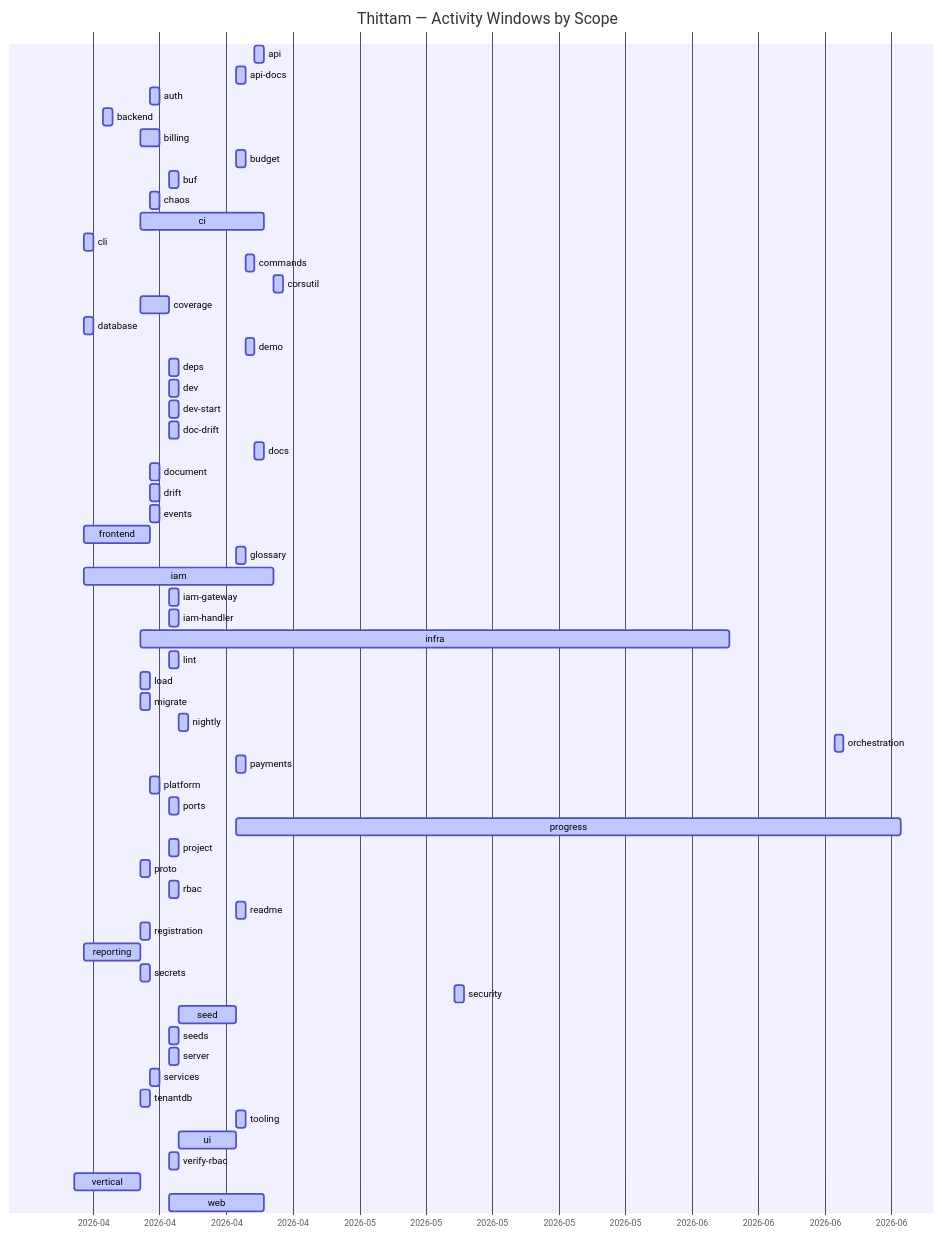
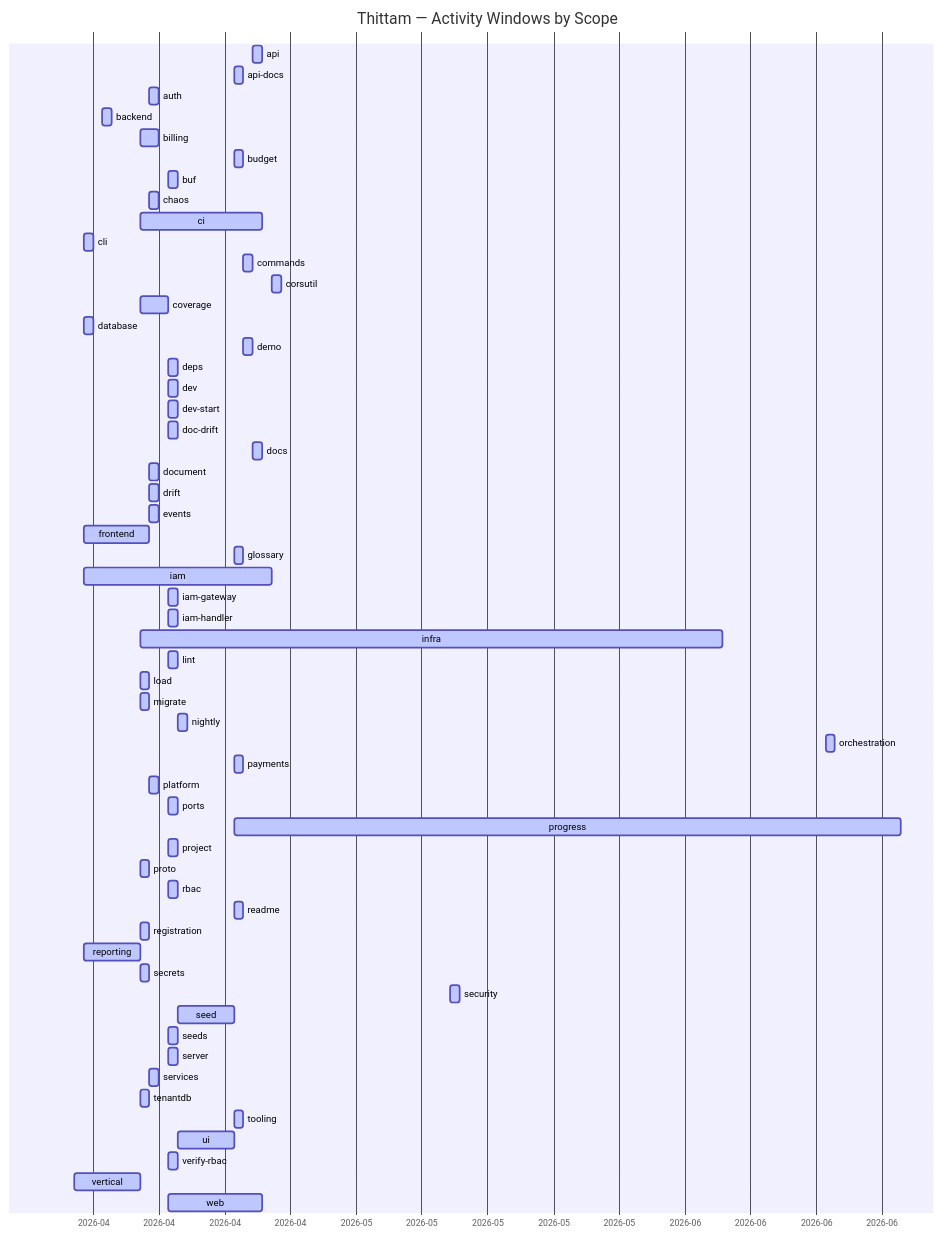
Before and after one commit to wegofwd2020-hub/thittam: the diagram in docs/PROGRESS.md, drawn with Mermaid. The commit also changed other lines of this file and 1 other file, not shown here.

Commit message:
chore(progress): nightly update of docs/PROGRESS.md + CSVs

````diff
--- a/docs/PROGRESS.md
+++ b/docs/PROGRESS.md
@@ -9,62 +9,62 @@
 ```mermaid
 gantt
     title Thittam — Activity Windows by Scope
     dateFormat YYYY-MM-DD
     axisFormat %Y-%m
     api                :active, s_api, 2026-04-22, 2026-04-23
     api-docs           :active, s_api_docs, 2026-04-20, 2026-04-21
     auth               :active, s_auth, 2026-04-11, 2026-04-12
     backend            :active, s_backend, 2026-04-06, 2026-04-07
     billing            :active, s_billing, 2026-04-10, 2026-04-12
     budget             :active, s_budget, 2026-04-20, 2026-04-21
     buf                :active, s_buf, 2026-04-13, 2026-04-14
     chaos              :active, s_chaos, 2026-04-11, 2026-04-12
     ci                 :active, s_ci, 2026-04-10, 2026-04-23
     cli                :active, s_cli, 2026-04-04, 2026-04-05
     commands           :active, s_commands, 2026-04-21, 2026-04-22
     corsutil           :active, s_corsutil, 2026-04-24, 2026-04-25
     coverage           :active, s_coverage, 2026-04-10, 2026-04-13
     database           :active, s_database, 2026-04-04, 2026-04-05
     demo               :active, s_demo, 2026-04-21, 2026-04-22
     deps               :active, s_deps, 2026-04-13, 2026-04-14
     dev                :active, s_dev, 2026-04-13, 2026-04-14
     dev-start          :active, s_dev_start, 2026-04-13, 2026-04-14
     doc-drift          :active, s_doc_drift, 2026-04-13, 2026-04-14
     docs               :active, s_docs, 2026-04-22, 2026-04-23
     document           :active, s_document, 2026-04-11, 2026-04-12
     drift              :active, s_drift, 2026-04-11, 2026-04-12
     events             :active, s_events, 2026-04-11, 2026-04-12
     frontend           :active, s_frontend, 2026-04-04, 2026-04-11
     glossary           :active, s_glossary, 2026-04-20, 2026-04-21
     iam                :active, s_iam, 2026-04-04, 2026-04-24
     iam-gateway        :active, s_iam_gateway, 2026-04-13, 2026-04-14
     iam-handler        :active, s_iam_handler, 2026-04-13, 2026-04-14
     infra              :active, s_infra, 2026-04-10, 2026-06-11
     lint               :active, s_lint, 2026-04-13, 2026-04-14
     load               :active, s_load, 2026-04-10, 2026-04-11
     migrate            :active, s_migrate, 2026-04-10, 2026-04-11
     nightly            :active, s_nightly, 2026-04-14, 2026-04-15
     orchestration      :active, s_orchestration, 2026-06-22, 2026-06-23
     payments           :active, s_payments, 2026-04-20, 2026-04-21
     platform           :active, s_platform, 2026-04-11, 2026-04-12
     ports              :active, s_ports, 2026-04-13, 2026-04-14
-    progress           :active, s_progress, 2026-04-20, 2026-06-29
+    progress           :active, s_progress, 2026-04-20, 2026-06-30
     project            :active, s_project, 2026-04-13, 2026-04-14
     proto              :active, s_proto, 2026-04-10, 2026-04-11
     rbac               :active, s_rbac, 2026-04-13, 2026-04-14
     readme             :active, s_readme, 2026-04-20, 2026-04-21
     registration       :active, s_registration, 2026-04-10, 2026-04-11
     reporting          :active, s_reporting, 2026-04-04, 2026-04-10
     secrets            :active, s_secrets, 2026-04-10, 2026-04-11
     security           :active, s_security, 2026-05-13, 2026-05-14
     seed               :active, s_seed, 2026-04-14, 2026-04-20
     seeds              :active, s_seeds, 2026-04-13, 2026-04-14
     server             :active, s_server, 2026-04-13, 2026-04-14
     services           :active, s_services, 2026-04-11, 2026-04-12
     tenantdb           :active, s_tenantdb, 2026-04-10, 2026-04-11
     tooling            :active, s_tooling, 2026-04-20, 2026-04-21
     ui                 :active, s_ui, 2026-04-14, 2026-04-20
     verify-rbac        :active, s_verify_rbac, 2026-04-13, 2026-04-14
     vertical           :active, s_vertical, 2026-04-03, 2026-04-10
     web                :active, s_web, 2026-04-13, 2026-04-23
 ```
````
